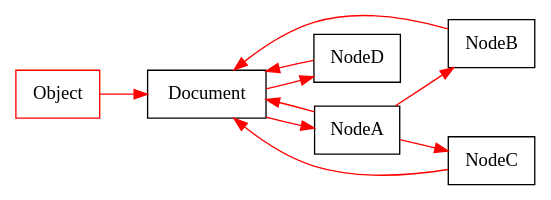
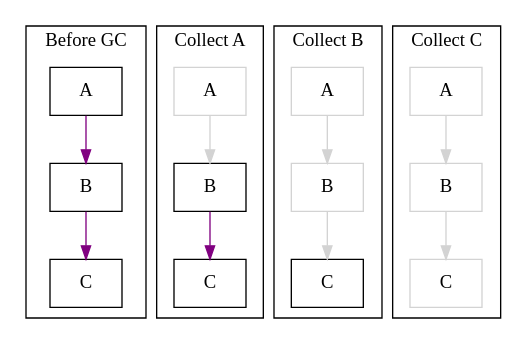
One commit to aardvark179/aardvark179.github.io changed the third of 6 diagrams in drafts/capi.org. Above: the diagram before and after it, drawn with Graphviz. The commit also changed other lines of this file, not shown here.

Commit message:
Improve diagrams of objects and garbage collection.

```diff
--- a/drafts/capi.org
+++ b/drafts/capi.org
@@ -145,24 +135,40 @@
-#+BEGIN_SRC dot :file diagram4.svg :exports results
+#+BEGIN_SRC dot :file diagram2.svg :exports results
 digraph D {
- rankdir="LR";
+ subgraph cluster_before {
+  label = "Before GC";
+  A_1 [label="A" shape = box]
+  B_1 [label="B" shape = box]
+  C_1 [label="C" shape = box]
 
- Object [shape = box color = red]
+  A_1 -> B_1 [color=purple]
+  B_1 -> C_1 [color=purple]
+ }
+ subgraph cluster_gc_1 {
+  label = "Collect A";
+  A_2 [label="A" shape = box color=lightgray]
+  B_2 [label="B" shape = box]
+  C_2 [label="C" shape = box]
 
- Document [shape = box]
- NodeA [shape = box]
- NodeB [shape = box]
- NodeC [shape = box]
- NodeD [shape = box]
+  A_2 -> B_2 [color=lightgrey]
+  B_2 -> C_2 [color=purple]
+ }
+ subgraph cluster_gc_2 {
+  label = "Collect B";
+  A_3 [label="A" shape = box color=lightgray]
+  B_3 [label="B" shape = box color=lightgray]
+  C_3 [label="C" shape = box]
 
- Object -> Document [color=red]
- Document -> NodeA [color=red]
- NodeA -> NodeB [color=red]
- NodeA -> NodeC [color=red]
- Document -> NodeD [color=red]
+  A_3 -> B_3 [color=lightgrey]
+  B_3 -> C_3 [color=lightgray]
+ }
+ subgraph cluster_gc_3 {
+  label = "Collect C";
+  A_4 [label="A" shape = box color=lightgray]
+  B_4 [label="B" shape = box color=lightgray]
+  C_4 [label="C" shape = box color=lightgray]
 
- NodeA -> Document [color=red]
- NodeB -> Document [color=red]
- NodeC -> Document [color=red]
- NodeD -> Document [color=red]
+  A_4 -> B_4 [color=lightgrey]
+  B_4 -> C_4 [color=lightgray]
+ }
 }
 #+END_SRC
```
